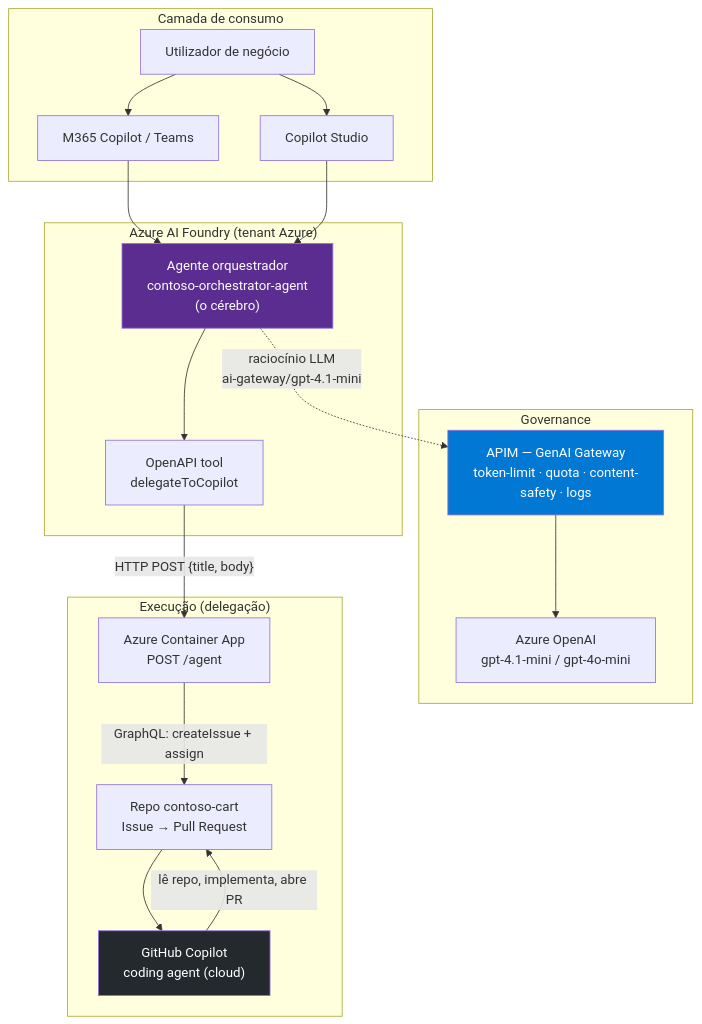
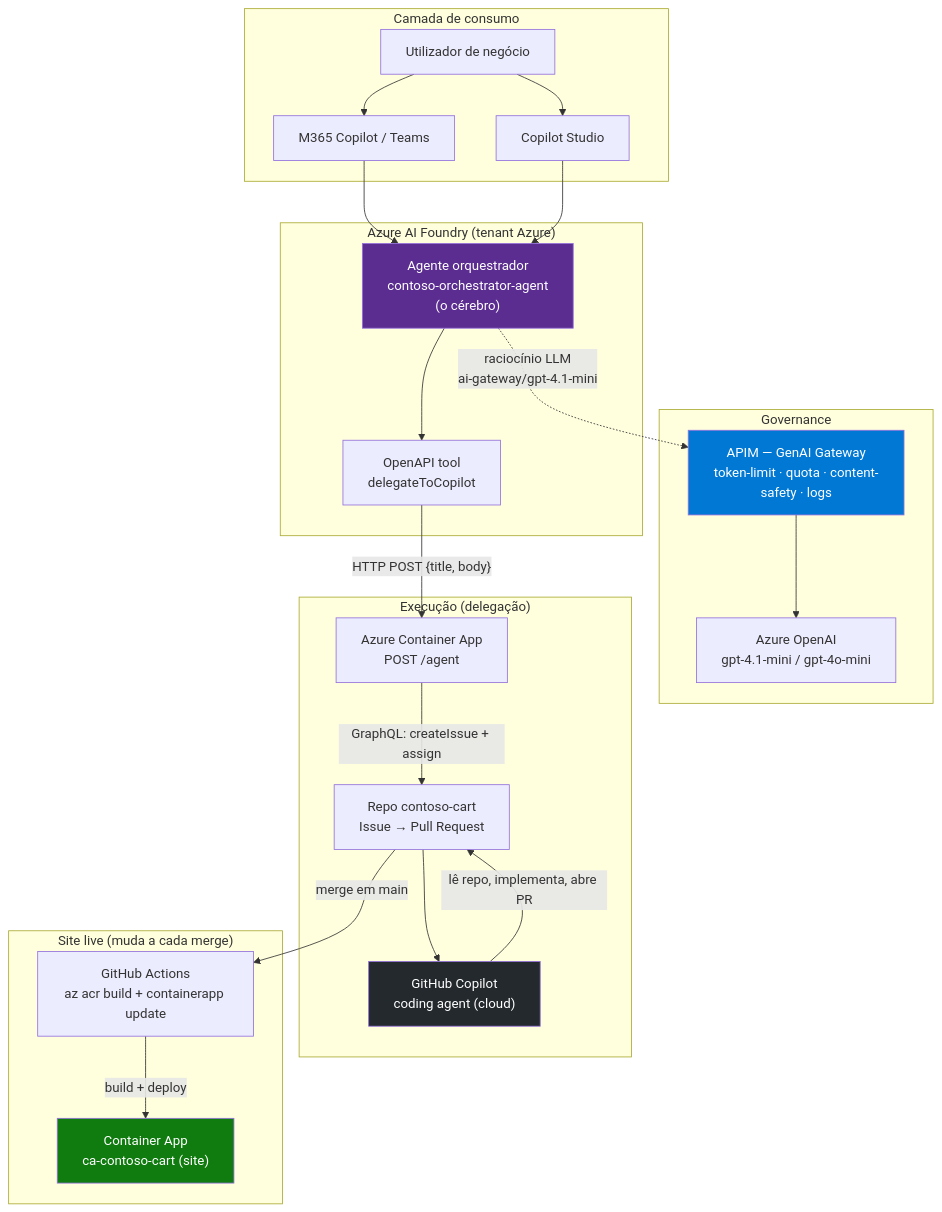
The first of 3 diagrams in DEMO-END-TO-END.md (eduxfernandes05/agentic-sdlc-azure), drawn with Mermaid before and after one commit. The commit also changed other lines of this file, not shown here.

Commit message:
Update demo doc: live site, CI/CD, links and IDs

````diff
--- a/DEMO-END-TO-END.md
+++ b/DEMO-END-TO-END.md
@@ -31,40 +45,48 @@
 ```mermaid
 flowchart TB
     subgraph CLIENTE["Camada de consumo"]
         U[Utilizador de negócio]
         M365[M365 Copilot / Teams]
         CS[Copilot Studio]
     end
 
     subgraph FOUNDRY["Azure AI Foundry (tenant Azure)"]
         AG["Agente orquestrador<br/>contoso-orchestrator-agent<br/>(o cérebro)"]
         TOOL["OpenAPI tool<br/>delegateToCopilot"]
     end
 
     subgraph GOV["Governance"]
         APIM["APIM — GenAI Gateway<br/>token-limit · quota · content-safety · logs"]
         LLM["Azure OpenAI<br/>gpt-4.1-mini / gpt-4o-mini"]
     end
 
     subgraph EXEC["Execução (delegação)"]
         ACA["Azure Container App<br/>POST /agent"]
         GH["GitHub Copilot<br/>coding agent (cloud)"]
         REPO["Repo contoso-cart<br/>Issue → Pull Request"]
     end
 
+    subgraph LIVE["Site live (muda a cada merge)"]
+        ACT["GitHub Actions<br/>az acr build + containerapp update"]
+        SITE["Container App<br/>ca-contoso-cart (site)"]
+    end
+
     U --> M365
     U --> CS
     M365 --> AG
     CS --> AG
     AG -. "raciocínio LLM<br/>ai-gateway/gpt-4.1-mini" .-> APIM
     APIM --> LLM
     AG --> TOOL
     TOOL -->|"HTTP POST {title, body}"| ACA
     ACA -->|"GraphQL: createIssue + assign"| REPO
     REPO --> GH
     GH -->|"lê repo, implementa, abre PR"| REPO
+    REPO -->|"merge em main"| ACT
+    ACT -->|"build + deploy"| SITE
 
     style APIM fill:#0078d4,color:#fff
     style AG fill:#5c2d91,color:#fff
     style GH fill:#24292e,color:#fff
+    style SITE fill:#107c10,color:#fff
 ```
````
